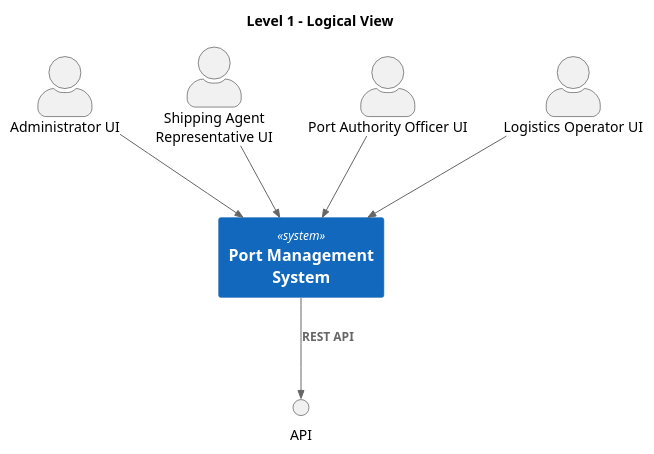
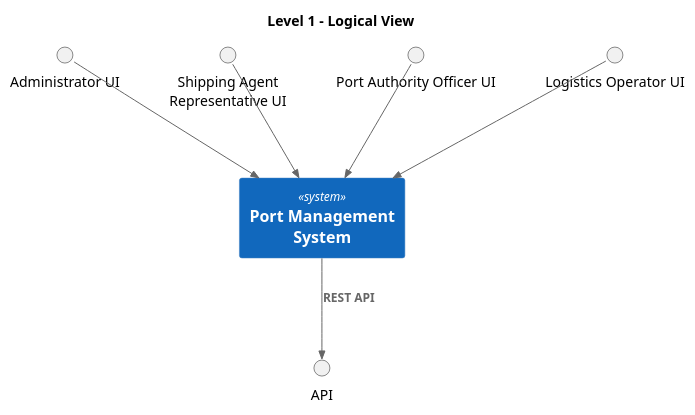
Before and after one commit to Departamento-de-Engenharia-Informatica/LEI-SEM5-PI-2025-26-3DK-04: the diagram in docs/sprint1/level1/logical_view/logical_view.puml, drawn with PlantUML. The commit also changed 8 other files, not shown here.

```diff
--- a/docs/sprint1/level1/logical_view/logical_view.puml
+++ b/docs/sprint1/level1/logical_view/logical_view.puml
@@ -1,26 +1,26 @@
 @startuml
 !include https://raw.githubusercontent.com/plantuml-stdlib/C4-PlantUML/master/C4_Context.puml
 
 title Level 1 - Logical View
 
 ' ==== Actors ====
-actor admin  as "Administrator UI"
-actor agent   as "Shipping Agent Representative UI"
-actor officer as "Port Authority Officer UI"
-actor operator as "Logistics Operator UI"
+interface admin  as "Administrator UI"
+interface agent   as "Shipping Agent Representative UI"
+interface officer as "Port Authority Officer UI"
+interface operator as "Logistics Operator UI"
 
 ' ==== System ====
 System(pms, "Port Management System")
 
 ' ==== API Interface ====
 interface "API" as apiIF
 
 ' ==== Relationships ====
 Rel(admin,   pms, "")
 Rel(agent,   pms, "")
 Rel(officer, pms, "")
 Rel(operator,pms, "")
 
 Rel(pms,     apiIF, "REST API")
 
 @enduml
```
